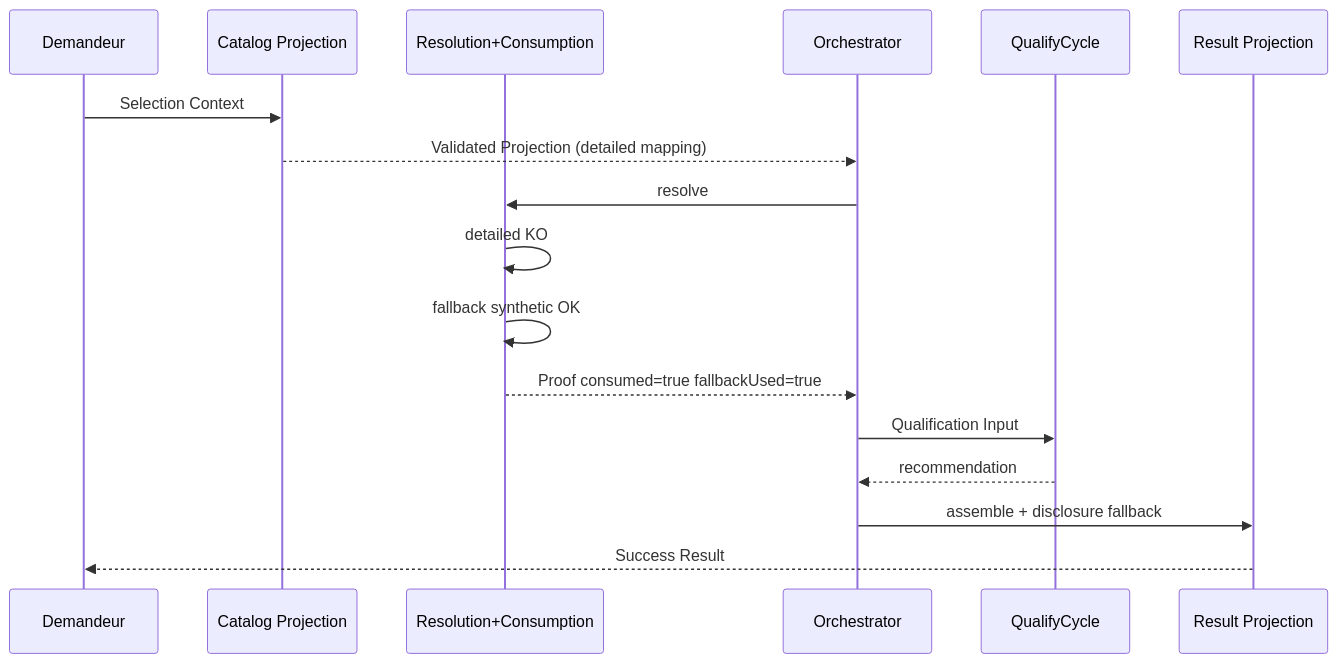
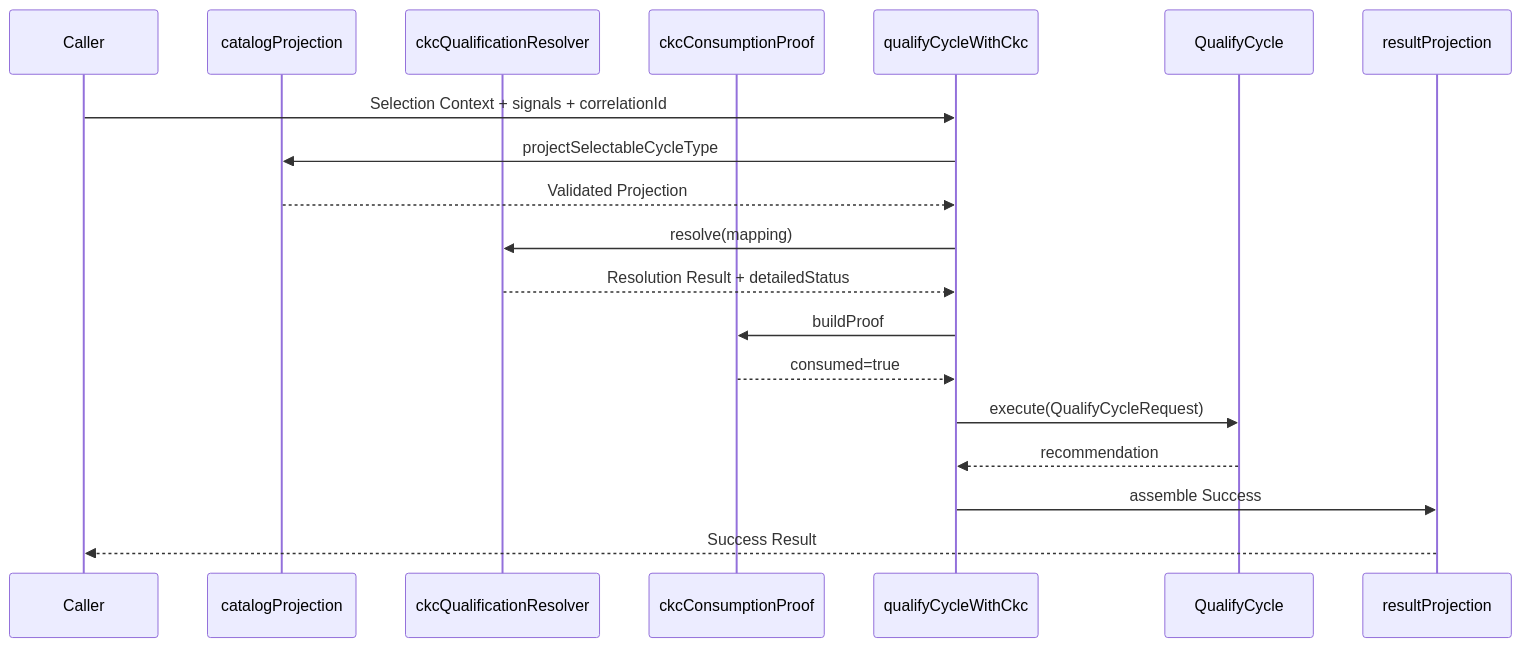
The fourth of 8 diagrams in sfia-review-handoff/latest-chatgpt-review.md (mcleland147/sfia-workspace), drawn with Mermaid before and after one commit. The commit also changed other lines of this file, not shown here.

Commit message:
docs(review-handoff): publish SFIA Studio V3.1-D2 technical architecture report

````diff
--- a/sfia-review-handoff/latest-chatgpt-review.md
+++ b/sfia-review-handoff/latest-chatgpt-review.md
@@ -266,19 +216,21 @@
 ```mermaid
 sequenceDiagram
-  participant A as Demandeur
-  participant CP as Catalog Projection
-  participant RC as Resolution+Consumption
-  participant QO as Orchestrator
+  participant Caller
+  participant CP as catalogProjection
+  participant RES as ckcQualificationResolver
+  participant PRF as ckcConsumptionProof
+  participant OR as qualifyCycleWithCkc
   participant QC as QualifyCycle
-  participant RP as Result Projection
-  A->>CP: Selection Context
-  CP-->>QO: Validated Projection (detailed mapping)
-  QO->>RC: resolve
-  RC->>RC: detailed KO
-  RC->>RC: fallback synthetic OK
-  RC-->>QO: Proof consumed=true fallbackUsed=true
-  QO->>QC: Qualification Input
-  QC-->>QO: recommendation
-  QO->>RP: assemble + disclosure fallback
-  RP-->>A: Success Result
+  participant RP as resultProjection
+  Caller->>OR: Selection Context + signals + correlationId
+  OR->>CP: projectSelectableCycleType
+  CP-->>OR: Validated Projection
+  OR->>RES: resolve(mapping)
+  RES-->>OR: Resolution Result + detailedStatus
+  OR->>PRF: buildProof
+  PRF-->>OR: consumed=true
+  OR->>QC: execute(QualifyCycleRequest)
+  QC-->>OR: recommendation
+  OR->>RP: assemble Success
+  RP-->>Caller: Success Result
 ```
````
